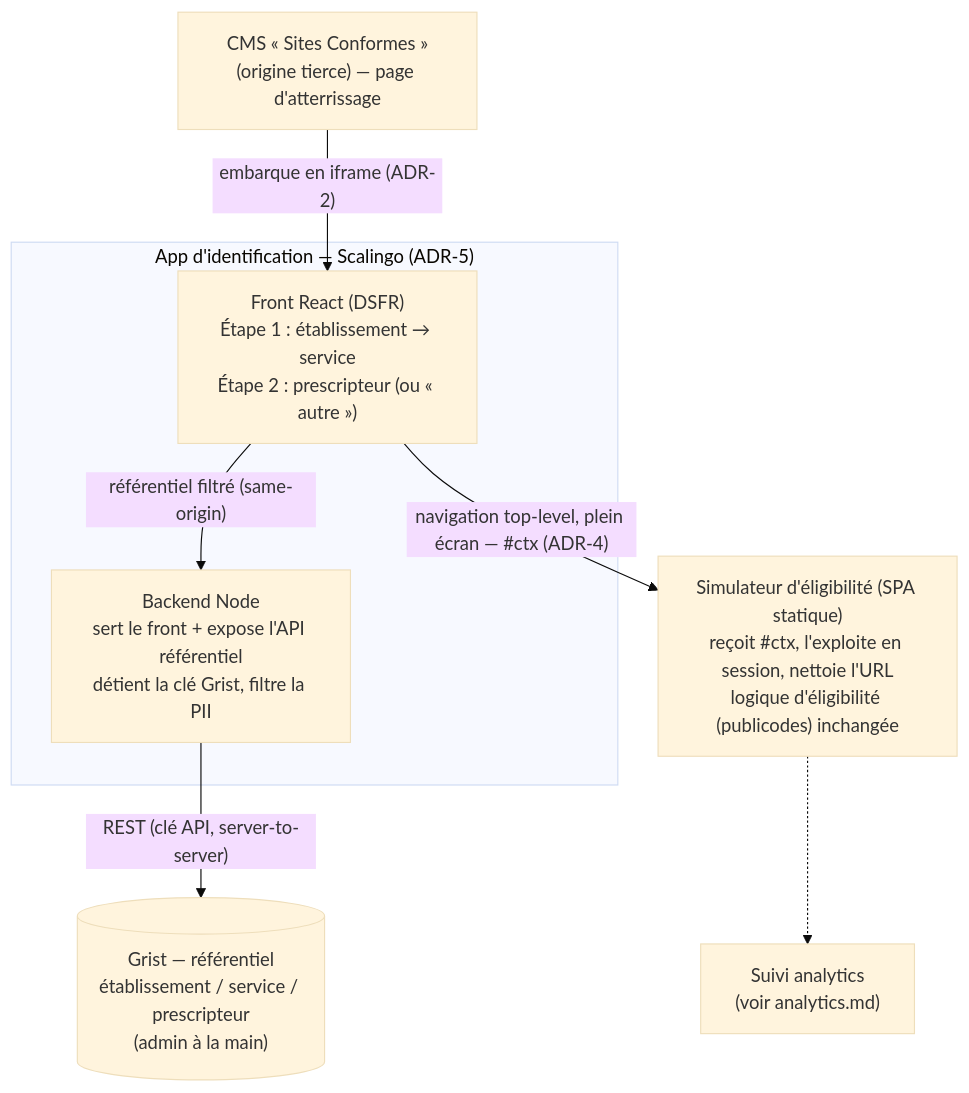
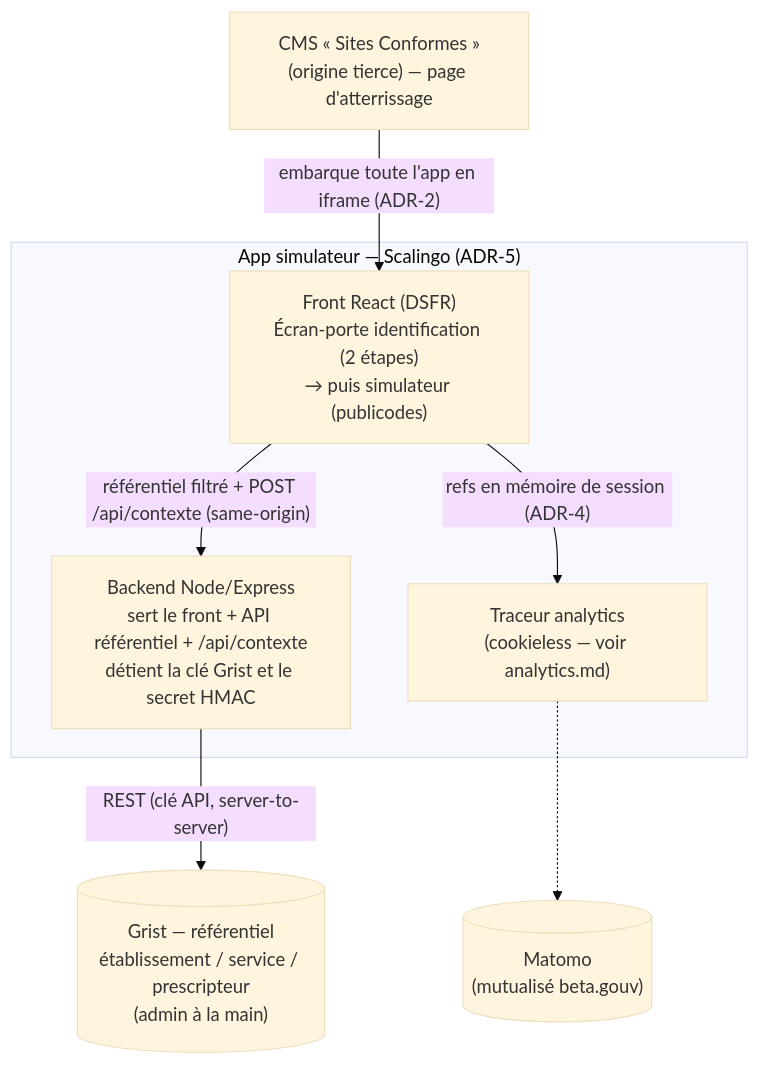
One commit to betagouv/transports-sanitaires changed the first of 2 diagrams in docs/architecture/identification.md. Above: the diagram before and after it, drawn with Mermaid (base theme). The commit also changed other lines of this file and 83 other files, not shown here.

First line of the commit message:
feat: fusionne identification et simulateur en une app unique

````diff
--- a/docs/architecture/identification.md
+++ b/docs/architecture/identification.md
@@ -115,17 +141,17 @@
 ```mermaid
 flowchart TB
     cms["CMS « Sites Conformes »<br/>(origine tierce) — page d'atterrissage"]
-    subgraph scalingo["App d'identification — Scalingo (ADR-5)"]
-        ident["Front React (DSFR)<br/>Étape 1 : établissement → service<br/>Étape 2 : prescripteur (ou « autre »)"]
-        api["Backend Node<br/>sert le front + expose l'API référentiel<br/>détient la clé Grist, filtre la PII"]
+    subgraph scalingo["App simulateur — Scalingo (ADR-5)"]
+        front["Front React (DSFR)<br/>Écran-porte identification (2 étapes)<br/>→ puis simulateur (publicodes)"]
+        api["Backend Node/Express<br/>sert le front + API référentiel + /api/contexte<br/>détient la clé Grist et le secret HMAC"]
+        analytics["Traceur analytics<br/>(cookieless — voir analytics.md)"]
     end
     grist[("Grist — référentiel<br/>établissement / service / prescripteur<br/>(admin à la main)")]
-    simu["Simulateur d'éligibilité (SPA statique)<br/>reçoit #ctx, l'exploite en session, nettoie l'URL<br/>logique d'éligibilité (publicodes) inchangée"]
-    analytics["Suivi analytics<br/>(voir analytics.md)"]
+    matomo[("Matomo<br/>(mutualisé beta.gouv)")]
 
-    cms -->|"embarque en iframe (ADR-2)"| ident
-    ident -->|"référentiel filtré (same-origin)"| api
+    cms -->|"embarque toute l'app en iframe (ADR-2)"| front
+    front -->|"référentiel filtré + POST /api/contexte (same-origin)"| api
     api -->|"REST (clé API, server-to-server)"| grist
-    ident -->|"navigation top-level, plein écran — #ctx (ADR-4)"| simu
-    simu -.-> analytics
+    front -->|"refs en mémoire de session (ADR-4)"| analytics
+    analytics -.-> matomo
 ```
````
